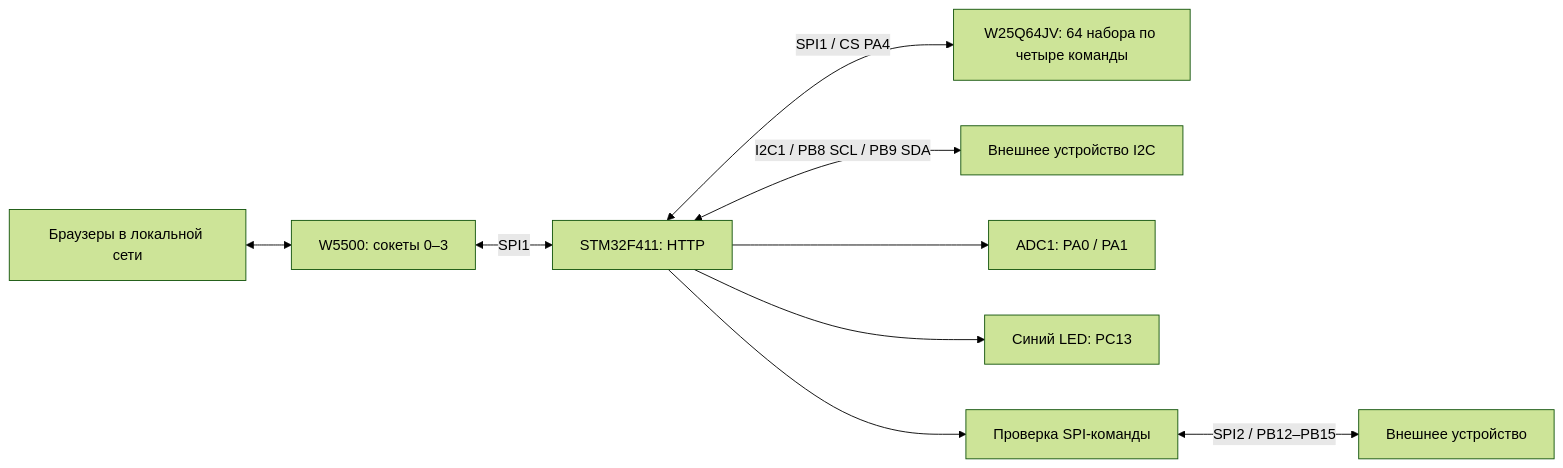
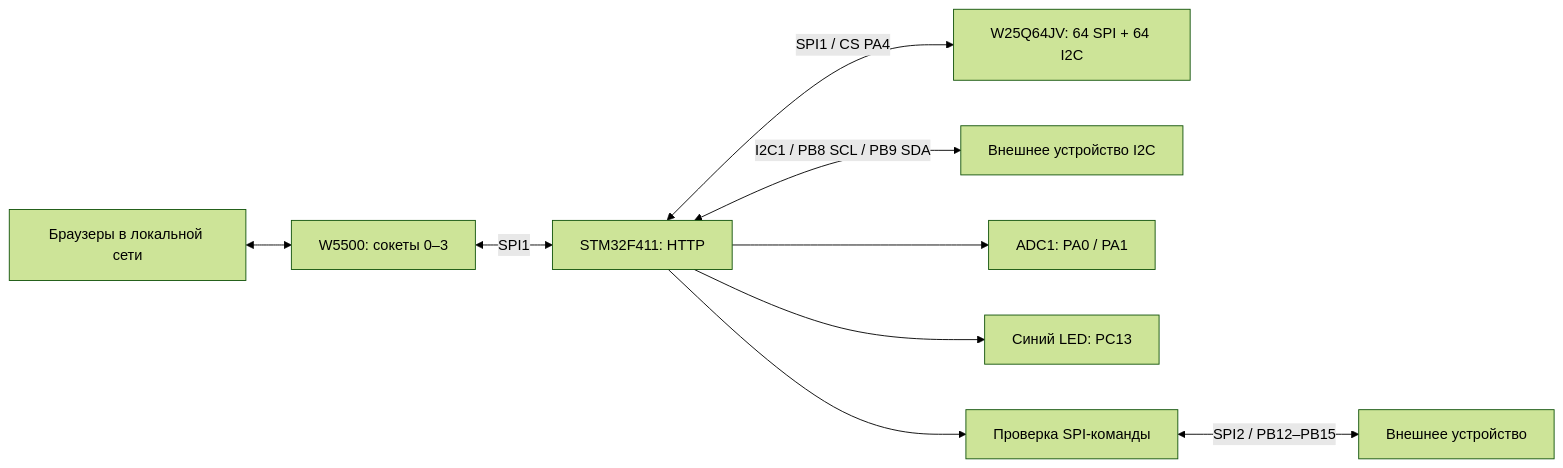
One commit to TheGreatTemplar/STM32F411-W5500 changed the diagram in documentation/ARCHITECTURE.md. Above: the diagram before and after it, drawn with Mermaid (forest theme). The commit also changed other lines of this file and 24 other files, not shown here.

````diff
--- a/documentation/ARCHITECTURE.md
+++ b/documentation/ARCHITECTURE.md
@@ -3,11 +3,11 @@
 ```mermaid
 flowchart LR
     Browsers[Браузеры в локальной сети] <--> W5500[W5500: сокеты 0–3]
     W5500 <-->|SPI1| Server[STM32F411: HTTP]
-    Server <-->|SPI1 / CS PA4| Flash[W25Q64JV: 64 набора по четыре команды]
+    Server <-->|SPI1 / CS PA4| Flash[W25Q64JV: 64 SPI + 64 I2C]
     Server <-->|I2C1 / PB8 SCL / PB9 SDA| I2CDevice[Внешнее устройство I2C]
     Server --> ADC[ADC1: PA0 / PA1]
     Server --> LED[Синий LED: PC13]
     Server --> Console[Проверка SPI-команды]
     Console <-->|SPI2 / PB12–PB15| Device[Внешнее устройство]
 ```
````
